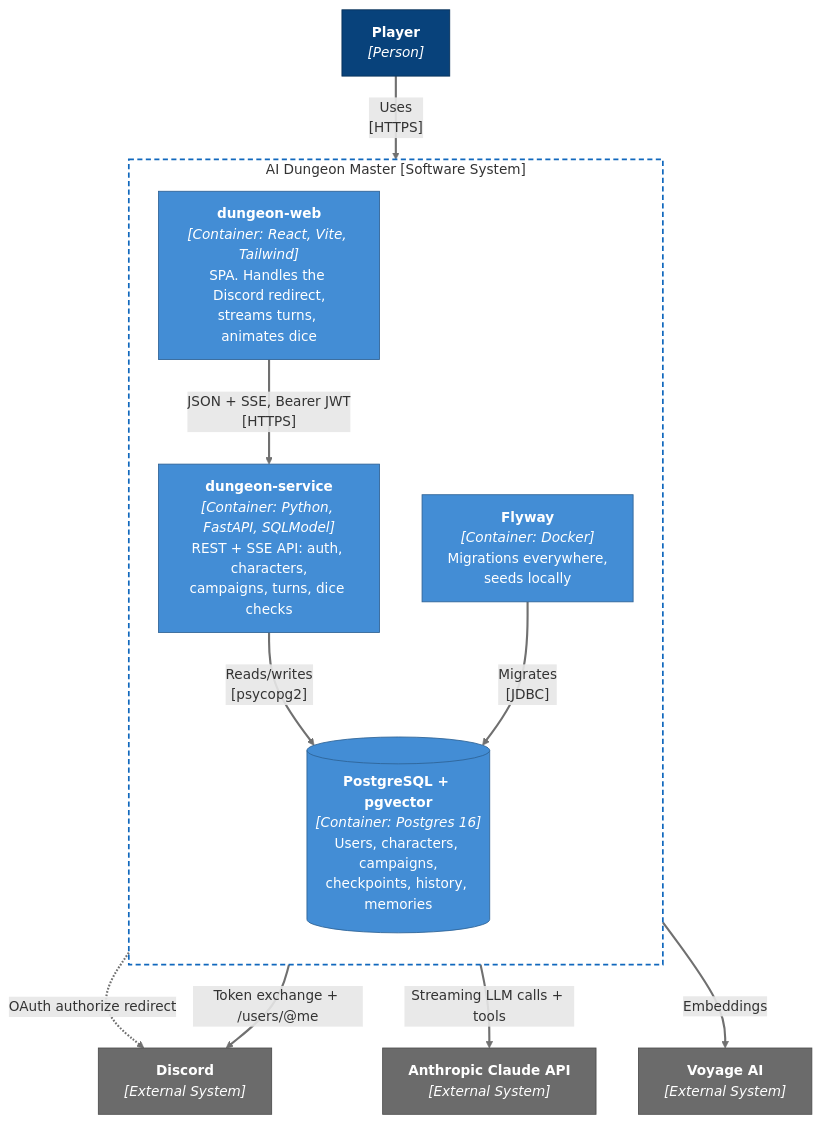
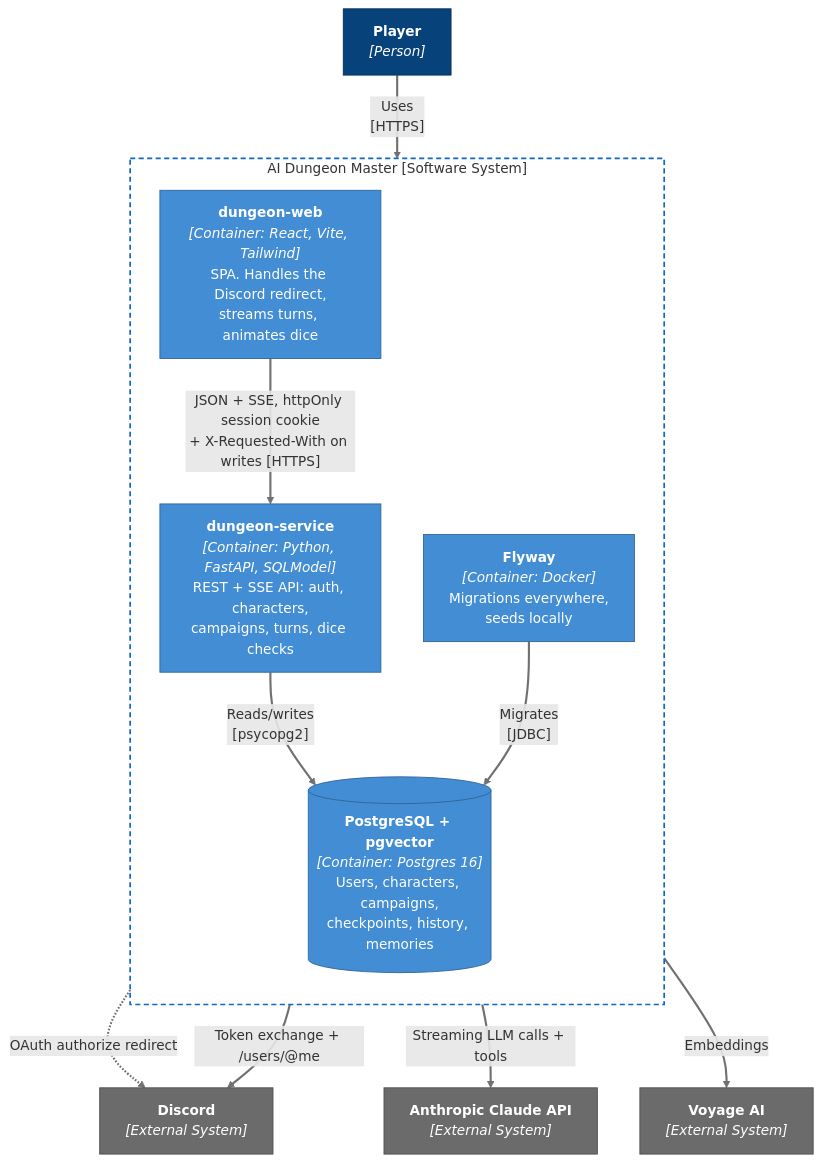
One commit to StephenMoring/dungeon-service changed the second of 6 diagrams in docs/architecture.md. Above: the diagram before and after it, drawn with Mermaid. The commit also changed other lines of this file and 12 other files, not shown here.

First line of the commit message:
Move the session to an httpOnly cookie and add logout

````diff
--- a/docs/architecture.md
+++ b/docs/architecture.md
@@ -36,37 +36,37 @@
 ```mermaid
 flowchart TB
   player["<b>Player</b><br/><i>[Person]</i>"]
 
   subgraph sys["AI Dungeon Master [Software System]"]
     direction TB
     web["<b>dungeon-web</b><br/><i>[Container: React, Vite, Tailwind]</i><br/>SPA. Handles the Discord redirect,<br/>streams turns, animates dice"]
     api["<b>dungeon-service</b><br/><i>[Container: Python, FastAPI, SQLModel]</i><br/>REST + SSE API: auth, characters,<br/>campaigns, turns, dice checks"]
     db[("<b>PostgreSQL + pgvector</b><br/><i>[Container: Postgres 16]</i><br/>Users, characters, campaigns,<br/>checkpoints, history, memories")]
     flyway["<b>Flyway</b><br/><i>[Container: Docker]</i><br/>Migrations everywhere,<br/>seeds locally"]
   end
 
   discord["<b>Discord</b><br/><i>[External System]</i>"]
   anthropic["<b>Anthropic Claude API</b><br/><i>[External System]</i>"]
   voyage["<b>Voyage AI</b><br/><i>[External System]</i>"]
 
   player -- "Uses<br/>[HTTPS]" --> web
   web -. "OAuth authorize redirect" .-> discord
-  web -- "JSON + SSE, Bearer JWT<br/>[HTTPS]" --> api
+  web -- "JSON + SSE, httpOnly session cookie<br/>+ X-Requested-With on writes [HTTPS]" --> api
   api -- "Reads/writes<br/>[psycopg2]" --> db
   flyway -- "Migrates<br/>[JDBC]" --> db
   api -- "Token exchange + /users/@me" --> discord
   api -- "Streaming LLM calls + tools" --> anthropic
   api -- "Embeddings" --> voyage
 
   classDef person fill:#08427b,stroke:#052e56,color:#fff
   classDef system fill:#1168bd,stroke:#0b4884,color:#fff
   classDef container fill:#438dd5,stroke:#2e6295,color:#fff
   classDef component fill:#85bbf0,stroke:#5d82a8,color:#0b2340
   classDef external fill:#6b6b6b,stroke:#4d4d4d,color:#fff
   linkStyle default stroke:#707070,stroke-width:2.5px
   class player person
   class web,api,flyway container
   class db container
   class discord,anthropic,voyage external
   style sys fill:none,stroke:#1168bd,stroke-width:2px,stroke-dasharray:6 4
 ```
````
